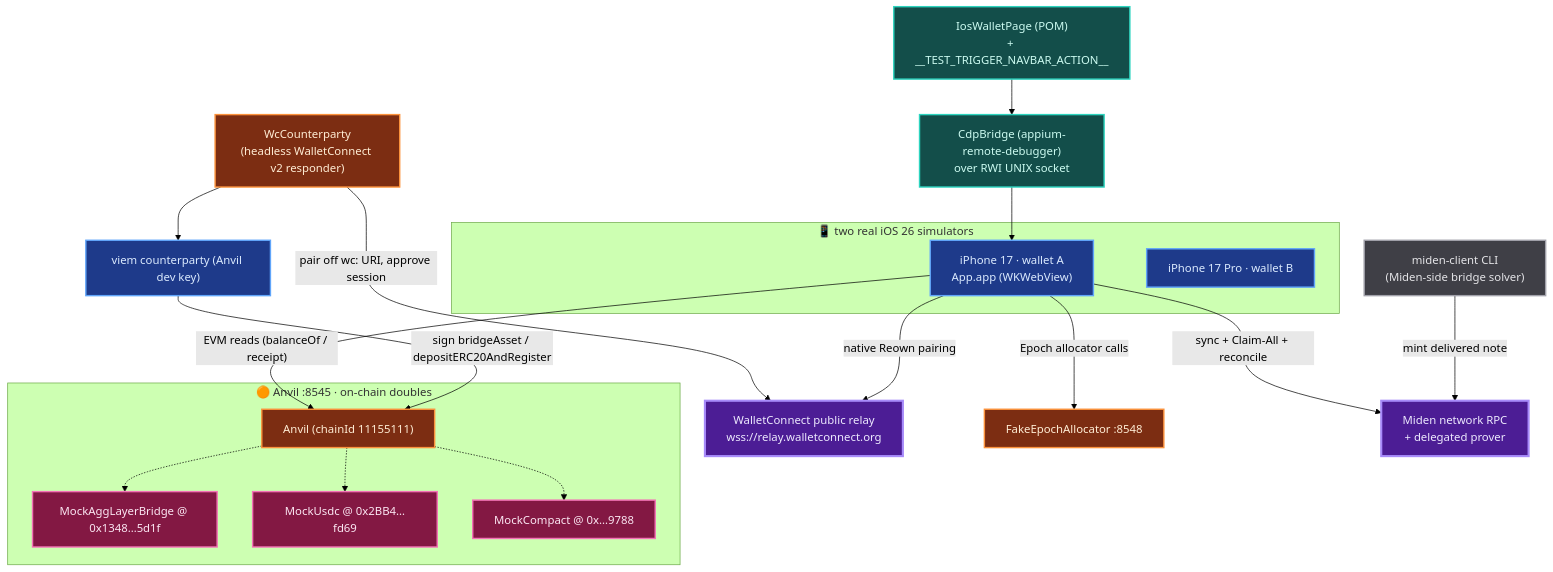
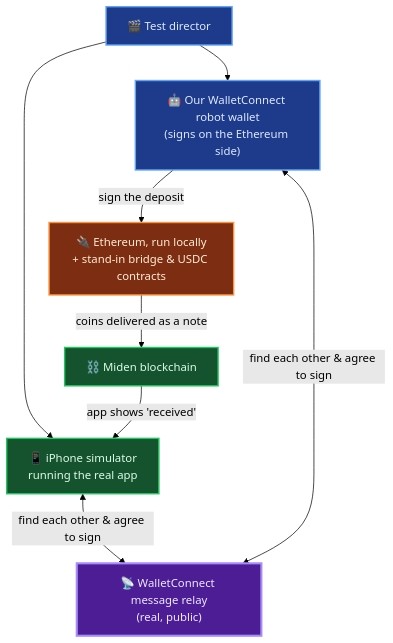
One commit to 0xMiden/wallet changed the eighth of 8 diagrams in playwright/e2e/docs/e2e-architecture.md. Above: the diagram before and after it, drawn with Mermaid (forest theme). The commit also changed other lines of this file, not shown here.

Commit message:
docs(e2e): rewrite for a non-Miden audience — plainer language, high-level diagrams, corrected claims

````diff
--- a/playwright/e2e/docs/e2e-architecture.md
+++ b/playwright/e2e/docs/e2e-architecture.md
@@ -435,41 +300,22 @@
 ```mermaid
 flowchart TB
-  subgraph SIMS["📱 two real iOS 26 simulators"]
-    SA["iPhone 17 · wallet A<br/>App.app (WKWebView)"]:::wallet
-    SB["iPhone 17 Pro · wallet B"]:::wallet
-  end
-  CDP["CdpBridge (appium-remote-debugger)<br/>over RWI UNIX socket"]:::hook
-  POM["IosWalletPage (POM)<br/>+ __TEST_TRIGGER_NAVBAR_ACTION__"]:::hook
+  PHONE["📱 iPhone simulator<br/>running the real app"]:::real
+  DIR["🎬 Test director"]:::test
+  ROBOT["🤖 Our WalletConnect robot wallet<br/>(signs on the Ethereum side)"]:::test
+  RELAY["📡 WalletConnect message relay<br/>(real, public)"]:::world
+  ETH["🔌 Ethereum, run locally<br/>+ stand-in bridge & USDC contracts"]:::fake
+  CHAIN["⛓️ Miden blockchain"]:::real
 
-  WC["WcCounterparty<br/>(headless WalletConnect v2 responder)"]:::double
-  VC["viem counterparty (Anvil dev key)"]:::wallet
-  RELAY["WalletConnect public relay<br/>wss://relay.walletconnect.org"]:::ext
+  DIR --> PHONE
+  DIR --> ROBOT
+  PHONE <-->|"find each other & agree to sign"| RELAY
+  ROBOT <-->|"find each other & agree to sign"| RELAY
+  ROBOT -->|"sign the deposit"| ETH
+  ETH -->|"coins delivered as a note"| CHAIN
+  CHAIN -->|"app shows 'received'"| PHONE
 
-  subgraph EVM["🟠 Anvil :8545 · on-chain doubles"]
-    ANVIL["Anvil (chainId 11155111)"]:::double
-    AGG["MockAggLayerBridge @ 0x1348…5d1f"]:::evm
-    USDC["MockUsdc @ 0x2BB4…fd69"]:::evm
-    COMPACT["MockCompact @ 0x…9788"]:::evm
-  end
-  ALLOC["FakeEpochAllocator :8548"]:::double
-  SOLVER["miden-client CLI<br/>(Miden-side bridge solver)"]:::cli
-  MT["Miden network RPC<br/>+ delegated prover"]:::ext
-
-  POM --> CDP --> SA
-  SA -->|"native Reown pairing"| RELAY
-  WC -->|"pair off wc: URI, approve session"| RELAY
-  WC --> VC
-  VC -->|"sign bridgeAsset / depositERC20AndRegister"| ANVIL
-  SA -->|"EVM reads (balanceOf / receipt)"| ANVIL
-  SA -->|"Epoch allocator calls"| ALLOC
-  ANVIL -.-> AGG & USDC & COMPACT
-  SOLVER -->|"mint delivered note"| MT
-  SA -->|"sync + Claim-All + reconcile"| MT
-
-  classDef double fill:#7c2d12,stroke:#fb923c,stroke-width:2px,color:#ffedd5;
-  classDef evm fill:#831843,stroke:#f472b6,stroke-width:2px,color:#fce7f3;
-  classDef wallet fill:#1e3a8a,stroke:#60a5fa,stroke-width:2px,color:#dbeafe;
-  classDef hook fill:#134e4a,stroke:#2dd4bf,stroke-width:2px,color:#ccfbf1;
-  classDef cli fill:#3f3f46,stroke:#a1a1aa,stroke-width:2px,color:#e4e4e7;
-  classDef ext fill:#4c1d95,stroke:#a78bfa,stroke-width:3px,color:#ede9fe;
+  classDef real fill:#14532d,stroke:#22c55e,stroke-width:2px,color:#dcfce7;
+  classDef fake fill:#7c2d12,stroke:#fb923c,stroke-width:2px,color:#ffedd5;
+  classDef world fill:#4c1d95,stroke:#a78bfa,stroke-width:3px,color:#ede9fe;
+  classDef test fill:#1e3a8a,stroke:#60a5fa,stroke-width:2px,color:#dbeafe;
 ```
````
